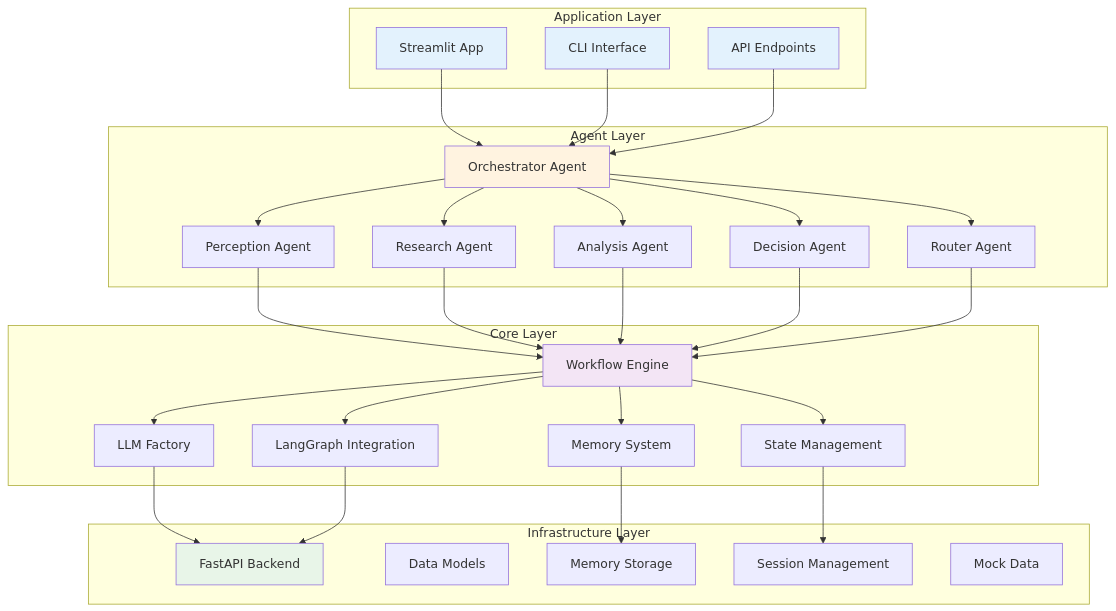
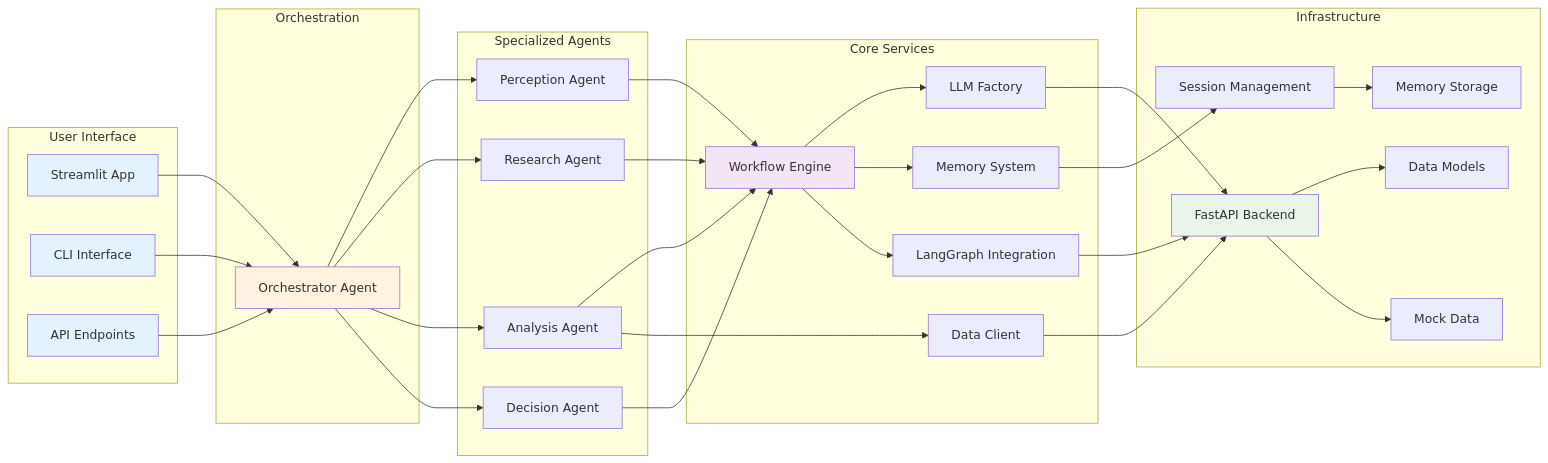
The second of 2 diagrams in README.md (PragnyaVijayan/GapLens), drawn with Mermaid before and after one commit. The commit also changed other lines of this file and 28 other files, not shown here.

````diff
--- a/README.md
+++ b/README.md
@@ -41,66 +41,73 @@
 ```mermaid
-graph TD
-    subgraph "Application Layer"
+graph LR
+    subgraph "User Interface"
         A1[Streamlit App]
         A2[CLI Interface]
         A3[API Endpoints]
     end
     
-    subgraph "Agent Layer"
+    subgraph "Orchestration"
+        B5[Orchestrator Agent]
+    end
+    
+    subgraph "Specialized Agents"
         B1[Perception Agent]
         B2[Research Agent]
         B3[Analysis Agent]
         B4[Decision Agent]
-        B5[Orchestrator Agent]
-        B6[Router Agent]
     end
     
-    subgraph "Core Layer"
+    subgraph "Core Services"
         C1[Workflow Engine]
         C2[LLM Factory]
         C3[Memory System]
-        C4[State Management]
+        C4[Data Client]
         C5[LangGraph Integration]
     end
     
-    subgraph "Infrastructure Layer"
+    subgraph "Infrastructure"
         D1[FastAPI Backend]
         D2[Data Models]
-        D3[Memory Storage]
+        D3[Mock Data]
         D4[Session Management]
-        D5[Mock Data]
+        D5[Memory Storage]
     end
     
+    %% Main Flow
     A1 --> B5
     A2 --> B5
     A3 --> B5
     
     B5 --> B1
     B5 --> B2
     B5 --> B3
     B5 --> B4
-    B5 --> B6
     
     B1 --> C1
     B2 --> C1
     B3 --> C1
     B4 --> C1
-    B6 --> C1
     
     C1 --> C2
     C1 --> C3
-    C1 --> C4
     C1 --> C5
     
     C2 --> D1
-    C3 --> D3
-    C4 --> D4
+    C3 --> D4
+    C4 --> D1
     C5 --> D1
+    
+    D1 --> D2
+    D1 --> D3
+    D4 --> D5
+    
+    %% Special connections
+    B3 --> C4
     
     style A1 fill:#e3f2fd
     style A2 fill:#e3f2fd
     style A3 fill:#e3f2fd
     style B5 fill:#fff3e0
     style C1 fill:#f3e5f5
     style D1 fill:#e8f5e8
 ```
````
